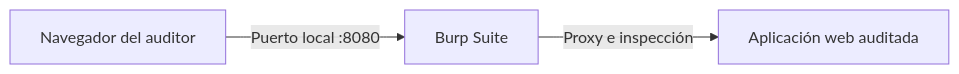
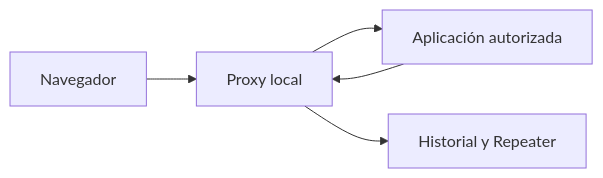
One commit to purpesec/Cybersecurity-For-Beginners changed the third of 3 diagrams in pentesting-web/02-sql-injection/03-union-sqli-y-burp-suite/README.md. Above: the diagram before and after it, drawn with Mermaid. The commit also changed other lines of this file and 8 other files, not shown here.

````diff
--- a/pentesting-web/02-sql-injection/03-union-sqli-y-burp-suite/README.md
+++ b/pentesting-web/02-sql-injection/03-union-sqli-y-burp-suite/README.md
@@ -169,5 +215,7 @@
 ```mermaid
 flowchart LR
-    N[Navegador del auditor] -->|Puerto local :8080| B[Burp Suite]
-    B -->|Proxy e inspección| A[Aplicación web auditada]
+    A[Navegador] --> B[Proxy local]
+    B --> C[Aplicación autorizada]
+    C --> B
+    B --> D[Historial y Repeater]
 ```
````
